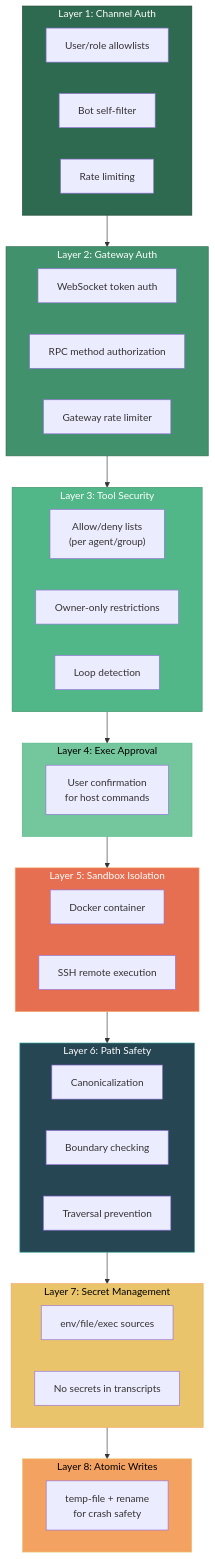
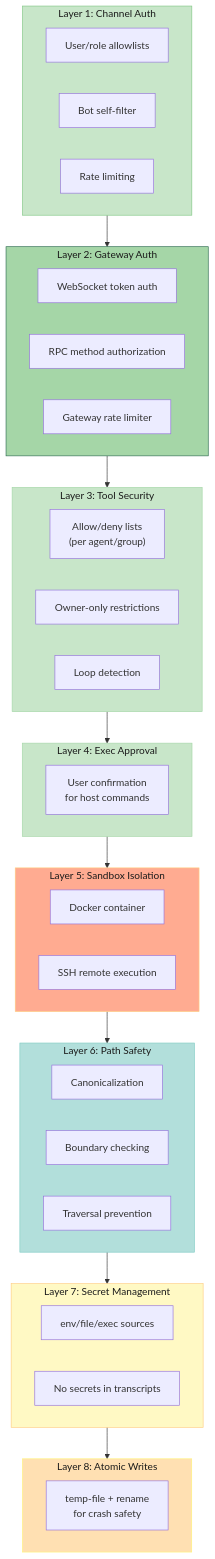
Before and after one commit to lordaouy/openclaw: diagram 36 of 44 in docs/reference/technical-architecture-report.md, drawn with Mermaid. The commit also changed other lines of this file, not shown here.

First line of the commit message:
docs: replace dark Mermaid diagram colors with light readable palette

````diff
--- a/docs/reference/technical-architecture-report.md
+++ b/docs/reference/technical-architecture-report.md
@@ -2011,55 +2011,55 @@
 ```mermaid
 graph TB
     subgraph Layer1["Layer 1: Channel Auth"]
         Allowlists["User/role allowlists"]
         BotFilter["Bot self-filter"]
         RateLimitCh["Rate limiting"]
     end
     
     subgraph Layer2["Layer 2: Gateway Auth"]
         TokenAuth2["WebSocket token auth"]
         RPCAuth["RPC method authorization"]
         RateLimitGW["Gateway rate limiter"]
     end
     
     subgraph Layer3["Layer 3: Tool Security"]
         AllowDeny["Allow/deny lists\n(per agent/group)"]
         OwnerOnly["Owner-only restrictions"]
         LoopDetect["Loop detection"]
     end
     
     subgraph Layer4["Layer 4: Exec Approval"]
         UserConfirm["User confirmation\nfor host commands"]
     end
     
     subgraph Layer5["Layer 5: Sandbox Isolation"]
         Docker["Docker container"]
         SSH["SSH remote execution"]
     end
     
     subgraph Layer6["Layer 6: Path Safety"]
         PathCanon["Canonicalization"]
         BoundaryCheck["Boundary checking"]
         TraversalBlock["Traversal prevention"]
     end
     
     subgraph Layer7["Layer 7: Secret Management"]
         EnvKeys["env/file/exec sources"]
         NoTranscript["No secrets in transcripts"]
     end
     
     subgraph Layer8["Layer 8: Atomic Writes"]
         TempRename["temp-file + rename\nfor crash safety"]
     end
     
     Layer1 --> Layer2 --> Layer3 --> Layer4 --> Layer5 --> Layer6 --> Layer7 --> Layer8
 
-    style Layer1 fill:#2d6a4f,stroke:#1b4332,color:white
-    style Layer2 fill:#40916c,stroke:#2d6a4f,color:white
-    style Layer3 fill:#52b788,stroke:#40916c,color:white
-    style Layer4 fill:#74c69d,stroke:#52b788,color:black
-    style Layer5 fill:#e76f51,stroke:#f4a261,color:white
-    style Layer6 fill:#264653,stroke:#2a9d8f,color:white
-    style Layer7 fill:#e9c46a,stroke:#f4a261,color:black
-    style Layer8 fill:#f4a261,stroke:#e9c46a,color:black
+    style Layer1 fill:#c8e6c9,stroke:#81c784,color:#1a1a1a
+    style Layer2 fill:#a5d6a7,stroke:#2d6a4f,color:#1a1a1a
+    style Layer3 fill:#c8e6c9,stroke:#a5d6a7,color:#1a1a1a
+    style Layer4 fill:#c8e6c9,stroke:#a5d6a7,color:#1a1a1a
+    style Layer5 fill:#ffab91,stroke:#ffcc80,color:#1a1a1a
+    style Layer6 fill:#b2dfdb,stroke:#80cbc4,color:#1a1a1a
+    style Layer7 fill:#fff9c4,stroke:#ffcc80,color:#1a1a1a
+    style Layer8 fill:#ffe0b2,stroke:#fff176,color:#1a1a1a
 ```
````
